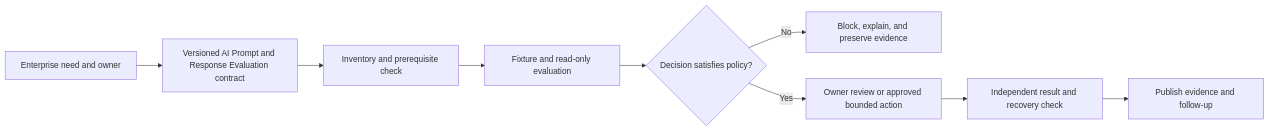
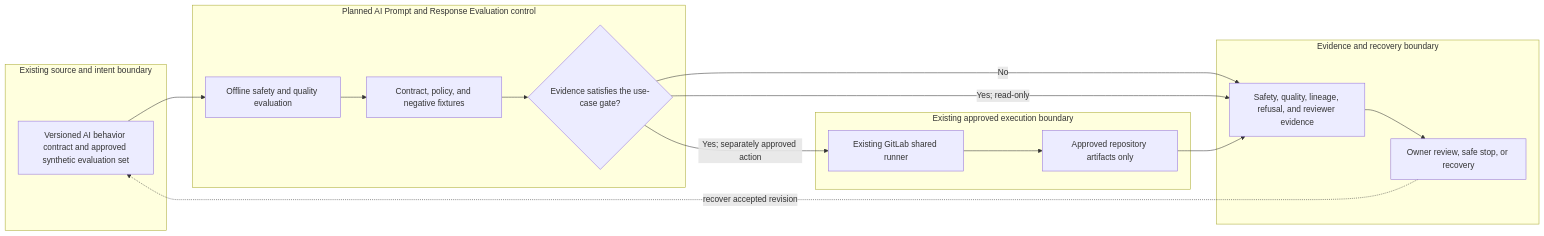
One commit to MIDHTECH/enterprise-architecture-docs changed the diagram in docs/use-cases/healthcare-ai/UC-AI-007-ai-prompt-and-response-evaluation.md. Above: the diagram before and after it, drawn with Mermaid. The commit also changed other lines of this file and 227 other files, not shown here.

Commit message:
Deepen architecture for all use case designs

````diff
--- a/docs/use-cases/healthcare-ai/UC-AI-007-ai-prompt-and-response-evaluation.md
+++ b/docs/use-cases/healthcare-ai/UC-AI-007-ai-prompt-and-response-evaluation.md
@@ -136,11 +129,25 @@
 ```mermaid
 flowchart LR
-    Need["Enterprise need and owner"] --> Contract["Versioned AI Prompt and Response Evaluation contract"]
-    Contract --> Preflight["Inventory and prerequisite check"]
-    Preflight --> Evaluate["Fixture and read-only evaluation"]
-    Evaluate --> Decision{"Decision satisfies policy?"}
-    Decision -->|No| Stop["Block, explain, and preserve evidence"]
-    Decision -->|Yes| Review["Owner review or approved bounded action"]
-    Review --> Verify["Independent result and recovery check"]
-    Verify --> Publish["Publish evidence and follow-up"]
+    subgraph Source["Existing source and intent boundary"]
+        A["Versioned AI behavior contract and approved synthetic evaluation set"]
+    end
+    subgraph Planned["Planned AI Prompt and Response Evaluation control"]
+        B["Offline safety and quality evaluation"]
+        C["Contract, policy, and negative fixtures"]
+        D{"Evidence satisfies the use-case gate?"}
+    end
+    subgraph Runtime["Existing approved execution boundary"]
+        E["Existing GitLab shared runner"]
+        F["Approved repository artifacts only"]
+    end
+    subgraph Assurance["Evidence and recovery boundary"]
+        G["Safety, quality, lineage, refusal, and reviewer evidence"]
+        H["Owner review, safe stop, or recovery"]
+    end
+
+    A --> B --> C --> D
+    D -->|No| G --> H
+    D -->|Yes; read-only| G
+    D -->|Yes; separately approved action| E --> F --> G
+    H -. recover accepted revision .-> A
 ```
````
